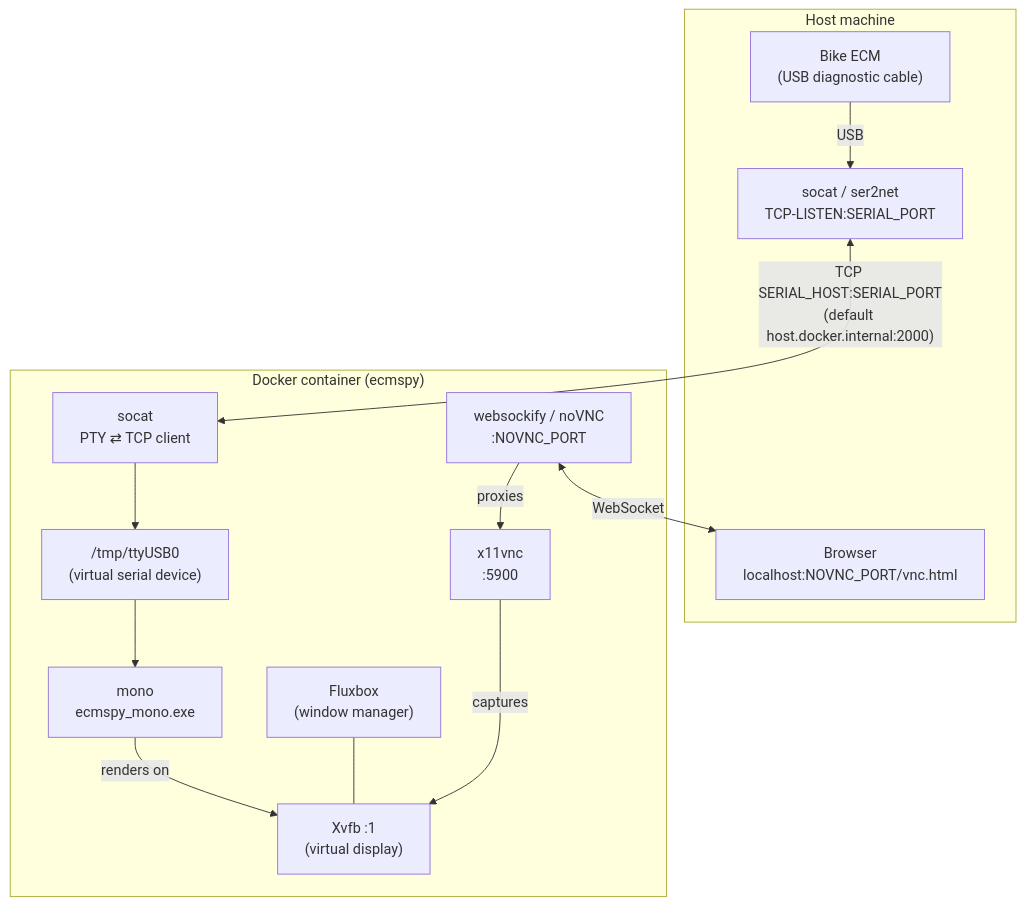
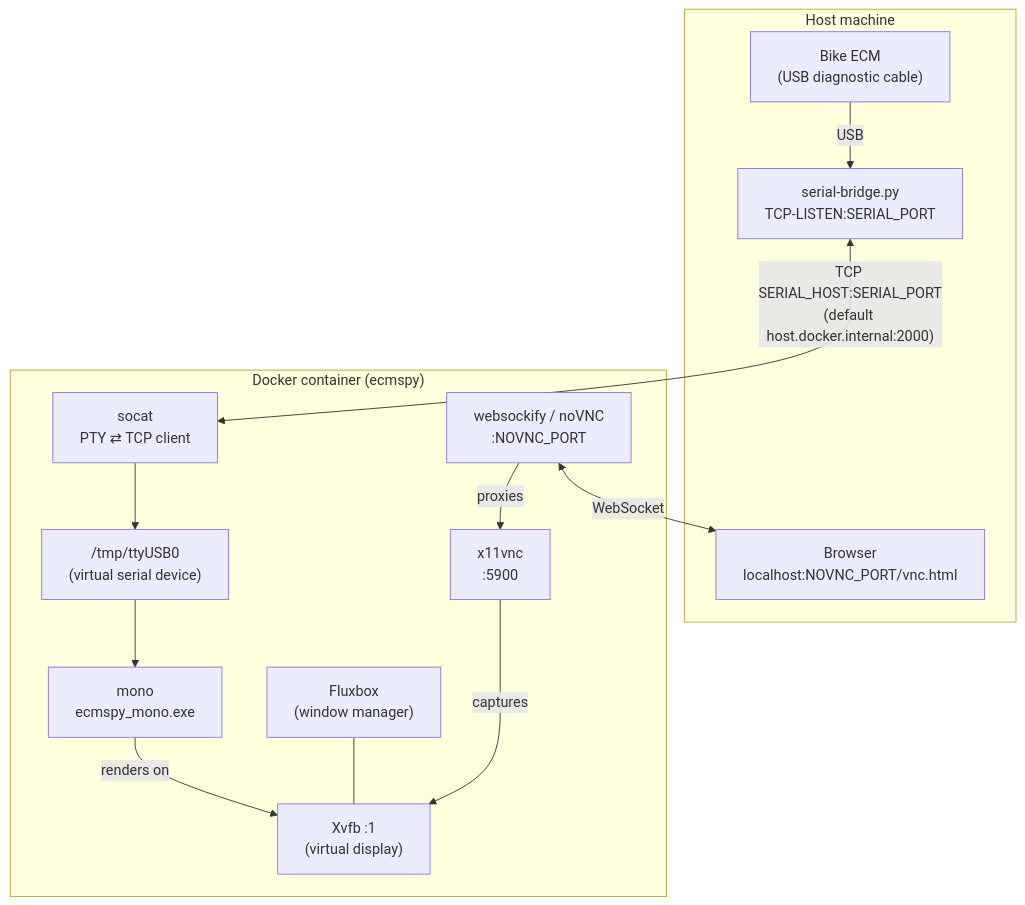
Before and after one commit to stoat/ecmspy-mono: the diagram in README.md, drawn with Mermaid. The commit also changed other lines of this file and 4 other files, not shown here.

````diff
--- a/README.md
+++ b/README.md
@@ -131,29 +147,29 @@
 ```mermaid
 flowchart TB
     subgraph host["Host machine"]
         bike["Bike ECM<br/>(USB diagnostic cable)"]
-        socatHost["socat / ser2net<br/>TCP-LISTEN:SERIAL_PORT"]
+        socatHost["serial-bridge.py<br/>TCP-LISTEN:SERIAL_PORT"]
         browser["Browser<br/>localhost:NOVNC_PORT/vnc.html"]
         bike -->|USB| socatHost
     end
 
     subgraph container["Docker container (ecmspy)"]
         socatC["socat<br/>PTY ⇄ TCP client"]
         pty["/tmp/ttyUSB0<br/>(virtual serial device)"]
         mono["mono<br/>ecmspy_mono.exe"]
         xvfb["Xvfb :1<br/>(virtual display)"]
         fluxbox["Fluxbox<br/>(window manager)"]
         x11vnc["x11vnc<br/>:5900"]
         novnc["websockify / noVNC<br/>:NOVNC_PORT"]
 
         socatC --> pty
         pty --> mono
         mono -->|renders on| xvfb
         fluxbox --- xvfb
         x11vnc -->|captures| xvfb
         novnc -->|proxies| x11vnc
     end
 
     socatHost <-->|"TCP SERIAL_HOST:SERIAL_PORT<br/>(default host.docker.internal:2000)"| socatC
     novnc <-->|WebSocket| browser
 ```
````
